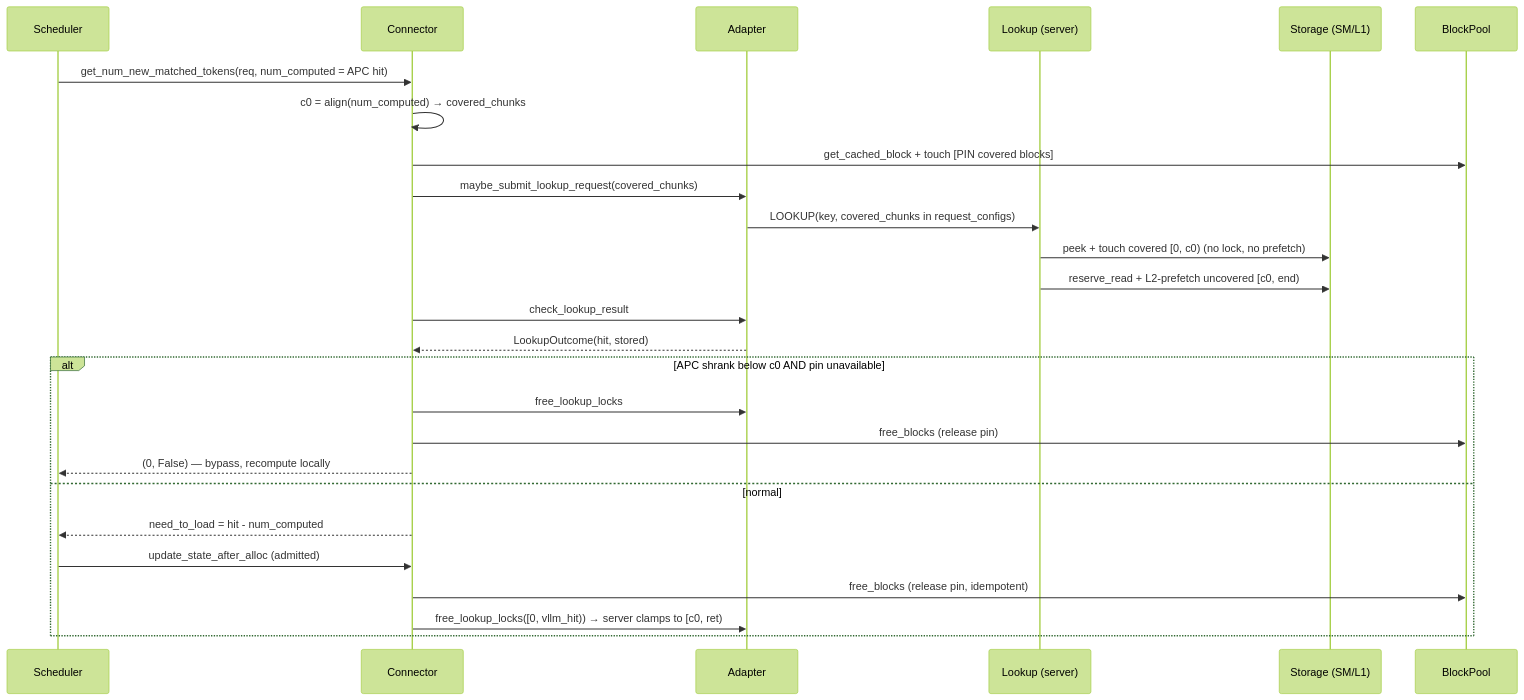
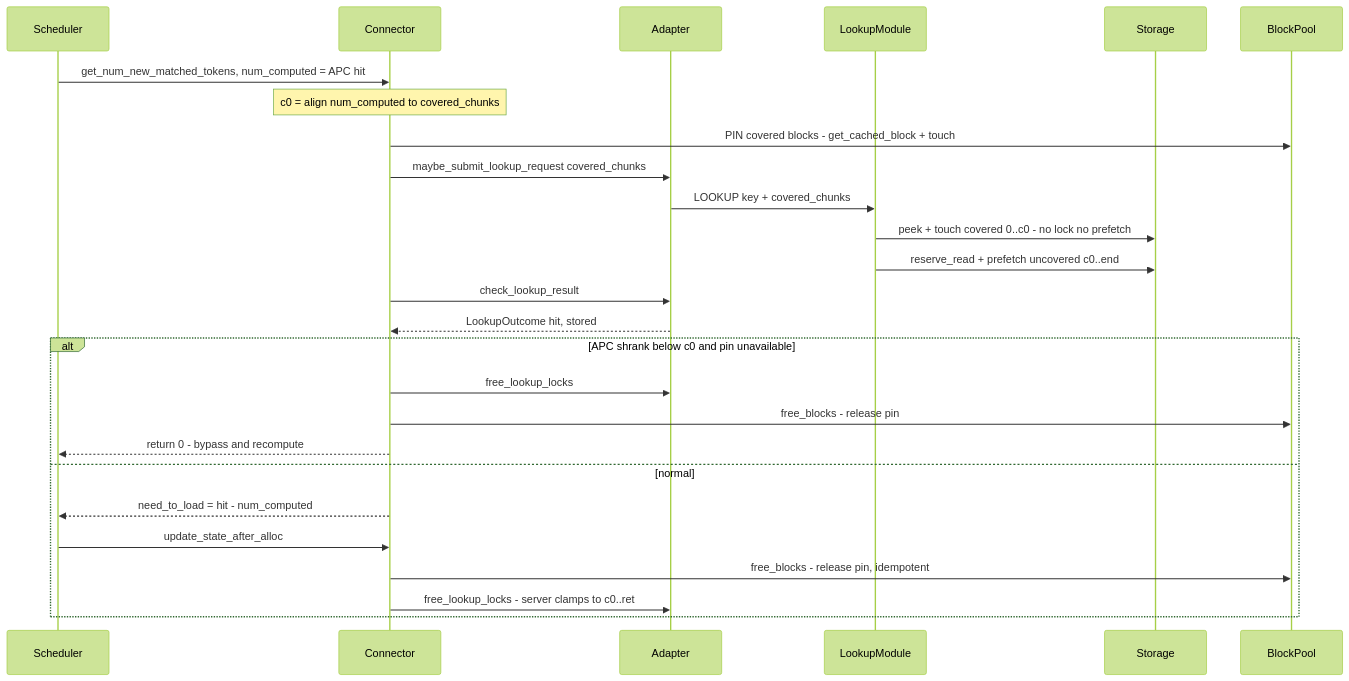
One commit to LMCache/LMCache changed the first of 2 diagrams in docs/design/v1/multiprocess/modules/apc_covered_lookup.md. Above: the diagram before and after it, drawn with Mermaid (forest theme). The commit also changed other lines of this file, not shown here.

Commit message:
docs: fix mermaid workflow syntax (parens in participant aliases broke rendering)

````diff
--- a/docs/design/v1/multiprocess/modules/apc_covered_lookup.md
+++ b/docs/design/v1/multiprocess/modules/apc_covered_lookup.md
@@ -51,29 +54,28 @@
 ```mermaid
 sequenceDiagram
     participant S as Scheduler
     participant C as Connector
     participant A as Adapter
-    participant L as Lookup (server)
-    participant SM as Storage (SM/L1)
+    participant L as LookupModule
+    participant SM as Storage
     participant BP as BlockPool
-
-    S->>C: get_num_new_matched_tokens(req, num_computed = APC hit)
-    C->>C: c0 = align(num_computed) → covered_chunks
-    C->>BP: get_cached_block + touch  [PIN covered blocks]
-    C->>A: maybe_submit_lookup_request(covered_chunks)
-    A->>L: LOOKUP(key, covered_chunks in request_configs)
-    L->>SM: peek + touch covered [0, c0)  (no lock, no prefetch)
-    L->>SM: reserve_read + L2-prefetch uncovered [c0, end)
+    S->>C: get_num_new_matched_tokens, num_computed = APC hit
+    Note over C: c0 = align num_computed to covered_chunks
+    C->>BP: PIN covered blocks - get_cached_block + touch
+    C->>A: maybe_submit_lookup_request covered_chunks
+    A->>L: LOOKUP key + covered_chunks
+    L->>SM: peek + touch covered 0..c0 - no lock no prefetch
+    L->>SM: reserve_read + prefetch uncovered c0..end
     C->>A: check_lookup_result
-    A-->>C: LookupOutcome(hit, stored)
-    alt APC shrank below c0 AND pin unavailable
+    A-->>C: LookupOutcome hit, stored
+    alt APC shrank below c0 and pin unavailable
         C->>A: free_lookup_locks
-        C->>BP: free_blocks (release pin)
-        C-->>S: (0, False) — bypass, recompute locally
+        C->>BP: free_blocks - release pin
+        C-->>S: return 0 - bypass and recompute
     else normal
         C-->>S: need_to_load = hit - num_computed
-        S->>C: update_state_after_alloc (admitted)
-        C->>BP: free_blocks (release pin, idempotent)
-        C->>A: free_lookup_locks([0, vllm_hit)) → server clamps to [c0, ret)
+        S->>C: update_state_after_alloc
+        C->>BP: free_blocks - release pin, idempotent
+        C->>A: free_lookup_locks - server clamps to c0..ret
     end
 ```
````
